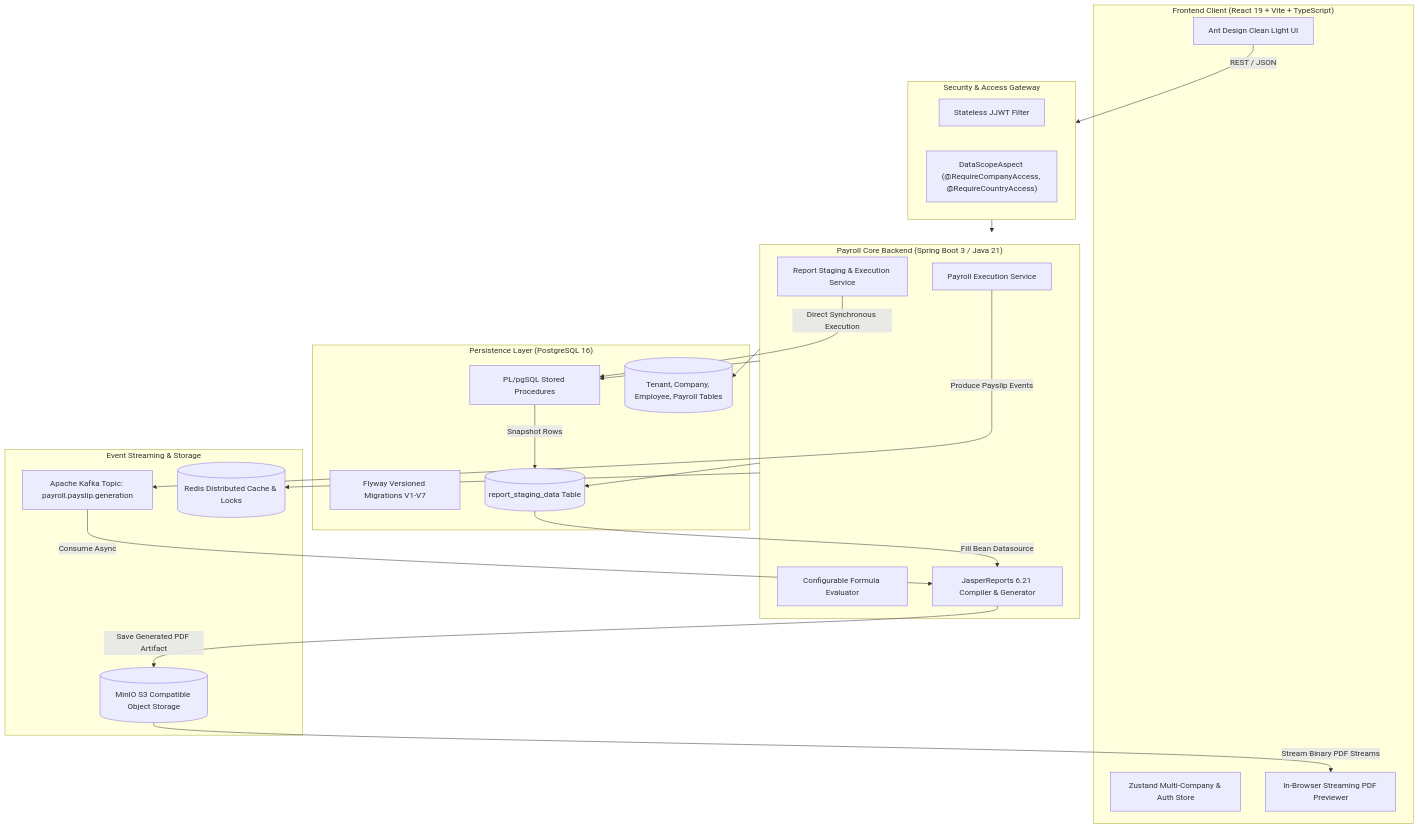
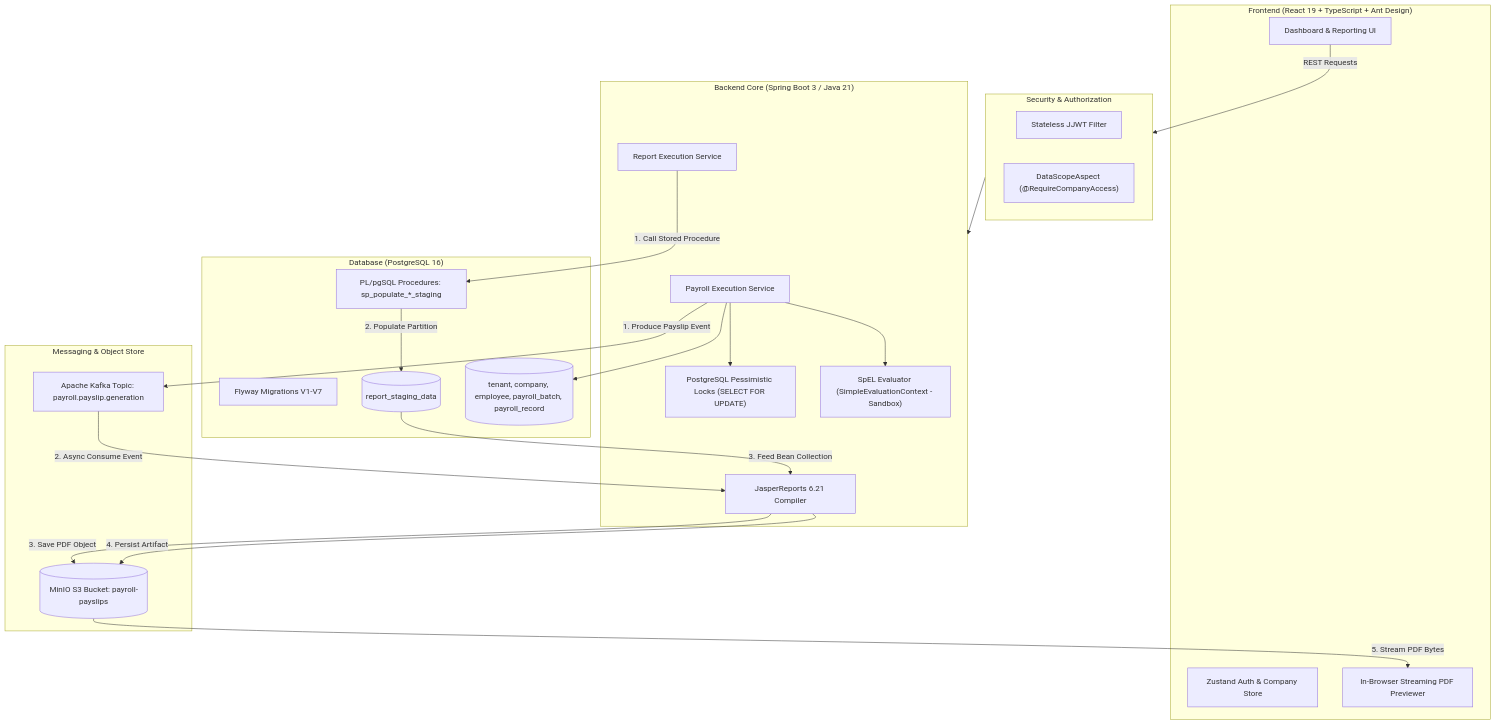
Before and after one commit to Ajaykumarkuppusamy/payroll: the diagram in README.md, drawn with Mermaid. The commit also changed other lines of this file, not shown here.

Commit message:
docs: align README with actual codebase architecture and implementation

````diff
--- a/README.md
+++ b/README.md
@@ -25,48 +30,52 @@
 ```mermaid
 flowchart TD
-    subgraph Client ["Frontend Client (React 19 + Vite + TypeScript)"]
-        UI[Ant Design Clean Light UI]
-        State[Zustand Multi-Company & Auth Store]
-        Iframe[In-Browser Streaming PDF Previewer]
+    subgraph Client ["Frontend (React 19 + TypeScript + Ant Design)"]
+        UI[Dashboard & Reporting UI]
+        AuthStore[Zustand Auth & Company Store]
+        Viewer[In-Browser Streaming PDF Previewer]
     end
 
-    subgraph Security ["Security & Access Gateway"]
+    subgraph SecurityLayer ["Security & Authorization"]
         JWT[Stateless JJWT Filter]
-        AOP["DataScopeAspect (@RequireCompanyAccess, @RequireCountryAccess)"]
+        AOP["DataScopeAspect (@RequireCompanyAccess)"]
     end
 
-    subgraph CoreEngine ["Payroll Core Backend (Spring Boot 3 / Java 21)"]
+    subgraph Backend ["Backend Core (Spring Boot 3 / Java 21)"]
         BatchService[Payroll Execution Service]
-        FormulaEngine[Configurable Formula Evaluator]
-        ReportService[Report Staging & Execution Service]
-        JasperService[JasperReports 6.21 Compiler & Generator]
+        PessimisticLock["PostgreSQL Pessimistic Locks (SELECT FOR UPDATE)"]
+        FormulaEngine["SpEL Evaluator (SimpleEvaluationContext - Sandbox)"]
+        ReportService[Report Execution Service]
+        JasperEngine[JasperReports 6.21 Compiler]
     end
 
-    subgraph Messaging ["Event Streaming & Storage"]
+    subgraph EventAndStorage ["Messaging & Object Store"]
         Kafka[Apache Kafka Topic: payroll.payslip.generation]
-        MinIO[(MinIO S3 Compatible Object Storage)]
-        Redis[(Redis Distributed Cache & Locks)]
+        MinIO[(MinIO S3 Bucket: payroll-payslips)]
     end
 
-    subgraph Database ["Persistence Layer (PostgreSQL 16)"]
-        Flyway[Flyway Versioned Migrations V1-V7]
-        StagingTable[(report_staging_data Table)]
-        StoredProcs[PL/pgSQL Stored Procedures]
-        DataTables[(Tenant, Company, Employee, Payroll Tables)]
+    subgraph Persistence ["Database (PostgreSQL 16)"]
+        Flyway[Flyway Migrations V1-V7]
+        StagingTable[(report_staging_data)]
+        Procedures[PL/pgSQL Procedures: sp_populate_*_staging]
+        CoreTables[(tenant, company, employee, payroll_batch, payroll_record)]
     end
 
-    %% Interactions
-    UI -->|REST / JSON| Security
-    Security --> CoreEngine
-    CoreEngine --> Redis
-    CoreEngine --> StagingTable
-    CoreEngine --> StoredProcs
-    CoreEngine --> DataTables
-    BatchService -->|Produce Payslip Events| Kafka
-    Kafka -->|Consume Async| JasperService
-    ReportService -->|Direct Synchronous Execution| StoredProcs
-    StoredProcs -->|Snapshot Rows| StagingTable
-    StagingTable -->|Fill Bean Datasource| JasperService
-    JasperService -->|Save Generated PDF Artifact| MinIO
-    MinIO -->|Stream Binary PDF Streams| Iframe
+    %% Client flows
+    UI -->|REST Requests| SecurityLayer
+    SecurityLayer --> Backend
+
+    %% Payroll run flow
+    BatchService --> PessimisticLock
+    BatchService --> FormulaEngine
+    BatchService --> CoreTables
+    BatchService -->|1. Produce Payslip Event| Kafka
+    Kafka -->|2. Async Consume Event| JasperEngine
+    JasperEngine -->|3. Save PDF Object| MinIO
+
+    %% Reports flow
+    ReportService -->|1. Call Stored Procedure| Procedures
+    Procedures -->|2. Populate Partition| StagingTable
+    StagingTable -->|3. Feed Bean Collection| JasperEngine
+    JasperEngine -->|4. Persist Artifact| MinIO
+    MinIO -->|5. Stream PDF Bytes| Viewer
 ```
````
